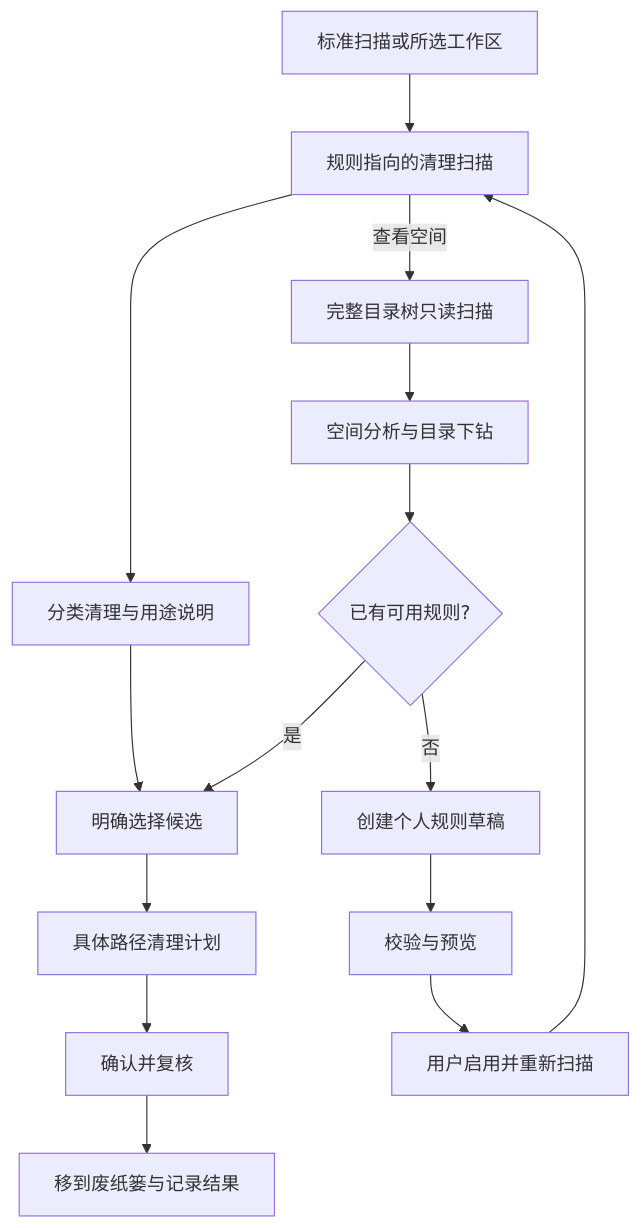
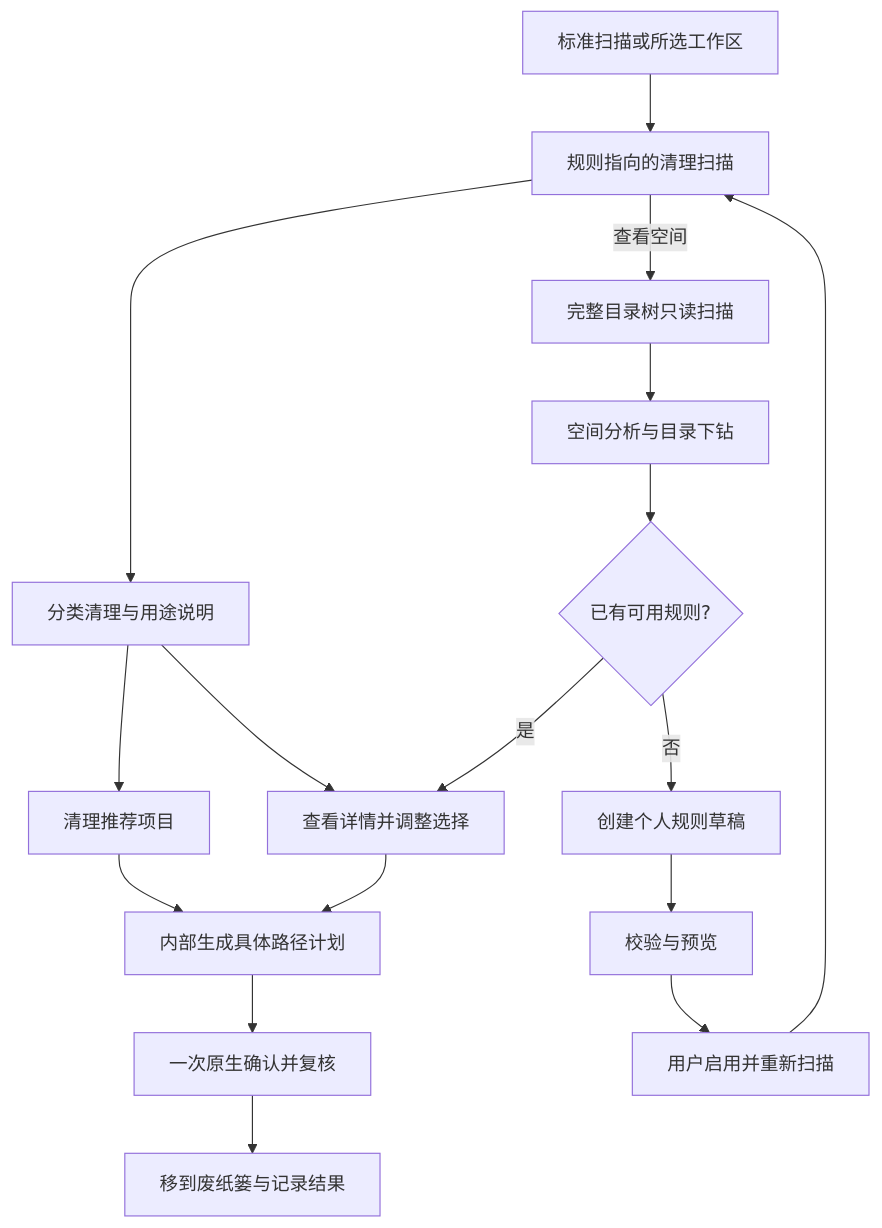
Before and after one commit to limecloud/shou: the second of 2 diagrams in docs/zh-CN/product/macos-experience.md, drawn with Mermaid. The commit also changed other lines of this file and 99 other files, not shown here.

````diff
--- a/docs/zh-CN/product/macos-experience.md
+++ b/docs/zh-CN/product/macos-experience.md
@@ -173,17 +182,19 @@
 ```mermaid
 flowchart TD
     Choose[标准扫描或所选工作区] --> Scan[规则指向的清理扫描]
     Scan --> Cleanup[分类清理与用途说明]
     Scan -->|查看空间| FullScan[完整目录树只读扫描]
     FullScan --> Analysis[空间分析与目录下钻]
     Analysis --> Known{已有可用规则?}
     Known -->|是| Select[明确选择候选]
     Known -->|否| Draft[创建个人规则草稿]
     Draft --> Preview[校验与预览]
     Preview --> Enable[用户启用并重新扫描]
     Enable --> Scan
-    Cleanup --> Select
-    Select --> Plan[具体路径清理计划]
-    Plan --> Confirm[确认并复核]
+    Cleanup --> Quick[清理推荐项目]
+    Cleanup --> Select[查看详情并调整选择]
+    Quick --> Plan[内部生成具体路径计划]
+    Select --> Plan
+    Plan --> Confirm[一次原生确认并复核]
     Confirm --> Trash[移到废纸篓与记录结果]
 ```
````
